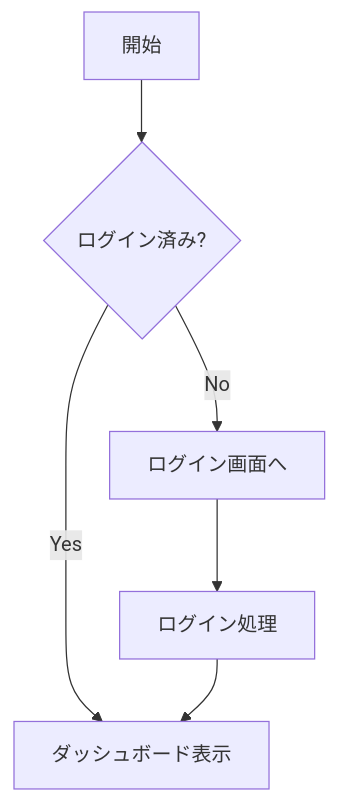
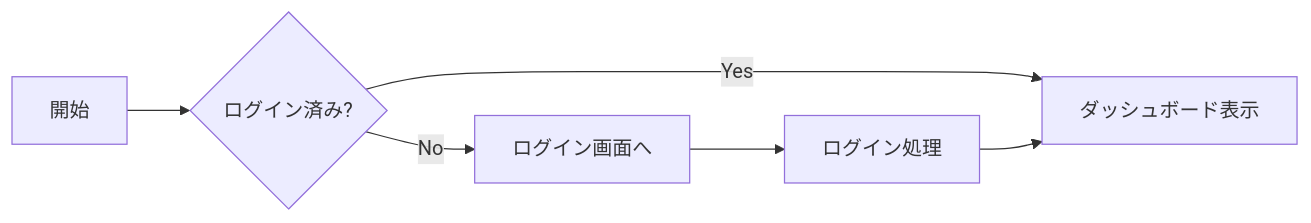
One commit to HatoriIchigo/nomsidian changed the diagram in sample/hello.md. Above: the diagram before and after it, drawn with Mermaid. The commit also changed other lines of this file and 3 other files, not shown here.

````diff
--- a/sample/hello.md
+++ b/sample/hello.md
@@ -33,8 +38,8 @@
 ```mermaid
-graph TD
+graph LR
   A[開始] --> B{ログイン済み?}
   B -->|Yes| C[ダッシュボード表示]
   B -->|No| D[ログイン画面へ]
   D --> E[ログイン処理]
   E --> C
 ```
````
